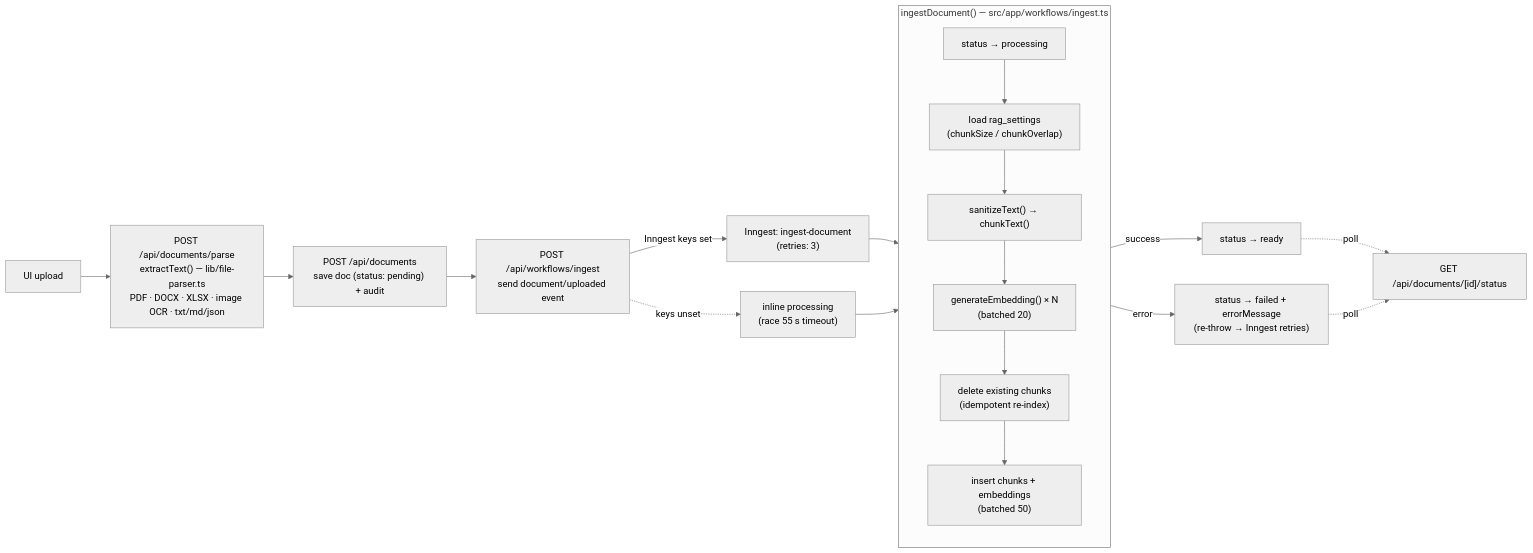
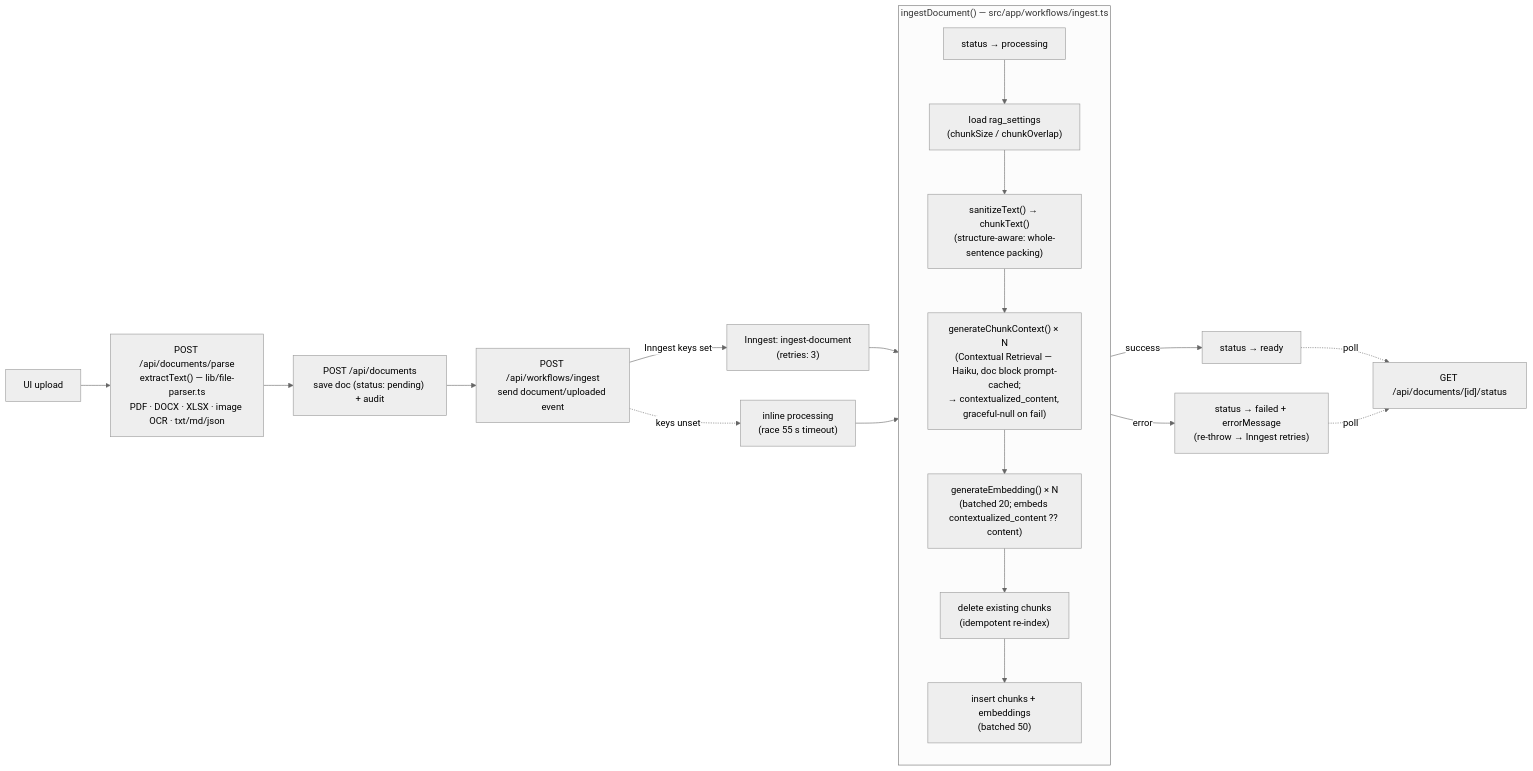
One commit to bilalzafar256/knowledge-assistant changed the third of 3 diagrams in SYSTEM_ARCHITECTURE.md. Above: the diagram before and after it, drawn with Mermaid (neutral theme). The commit also changed other lines of this file and 48 other files, not shown here.

````diff
--- a/SYSTEM_ARCHITECTURE.md
+++ b/SYSTEM_ARCHITECTURE.md
@@ -140,27 +140,28 @@
 ```mermaid
 flowchart LR
     Upload["UI upload"] --> Parse["POST /api/documents/parse<br/>extractText() — lib/file-parser.ts<br/>PDF · DOCX · XLSX · image OCR · txt/md/json"]
     Parse --> Save["POST /api/documents<br/>save doc (status: pending) + audit"]
     Save --> Trigger["POST /api/workflows/ingest<br/>send document/uploaded event"]
 
     Trigger -->|Inngest keys set| Job["Inngest: ingest-document<br/>(retries: 3)"]
     Trigger -.keys unset.-> Inline["inline processing<br/>(race 55 s timeout)"]
 
     Job --> Processing
     Inline --> Processing
 
     subgraph Processing["ingestDocument() — src/app/workflows/ingest.ts"]
         direction TB
         P1["status → processing"] --> P2["load rag_settings<br/>(chunkSize / chunkOverlap)"]
-        P2 --> P3["sanitizeText() → chunkText()"]
-        P3 --> P4["generateEmbedding() × N<br/>(batched 20)"]
+        P2 --> P3["sanitizeText() → chunkText()<br/>(structure-aware: whole-sentence packing)"]
+        P3 --> PC["generateChunkContext() × N<br/>(Contextual Retrieval — Haiku, doc block prompt-cached;<br/>→ contextualized_content, graceful-null on fail)"]
+        PC --> P4["generateEmbedding() × N<br/>(batched 20; embeds contextualized_content ?? content)"]
         P4 --> P5["delete existing chunks<br/>(idempotent re-index)"]
         P5 --> P6["insert chunks + embeddings<br/>(batched 50)"]
     end
 
     Processing -->|success| Ready["status → ready"]
     Processing -->|error| Failed["status → failed + errorMessage<br/>(re-throw → Inngest retries)"]
 
     Ready -.poll.-> Status["GET /api/documents/[id]/status"]
     Failed -.poll.-> Status
 ```
````
